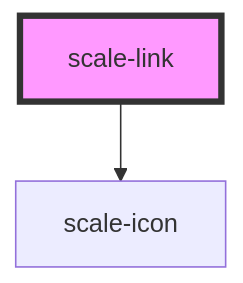
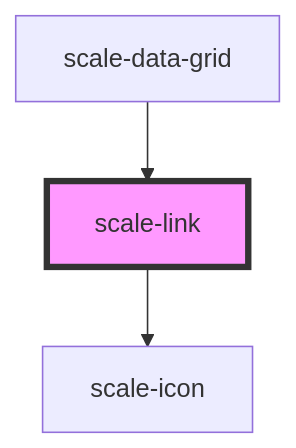
One commit to gaurishkamat/scale changed the diagram in packages/components/src/components/link/readme.md. Above: the diagram before and after it, drawn with Mermaid. The commit also changed other lines of this file and 94 other files, not shown here.

````diff
--- a/packages/components/src/components/link/readme.md
+++ b/packages/components/src/components/link/readme.md
@@ -78,5 +82,6 @@
 ```mermaid
 graph TD;
   scale-link --> scale-icon
+  scale-data-grid --> scale-link
   style scale-link fill:#f9f,stroke:#333,stroke-width:4px
 ```
````
